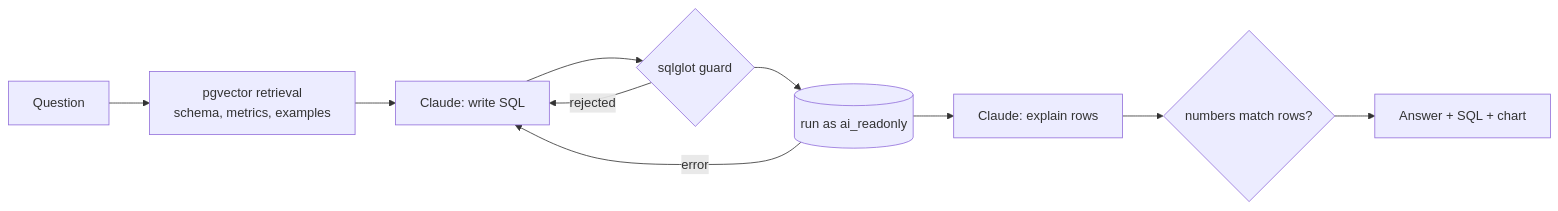
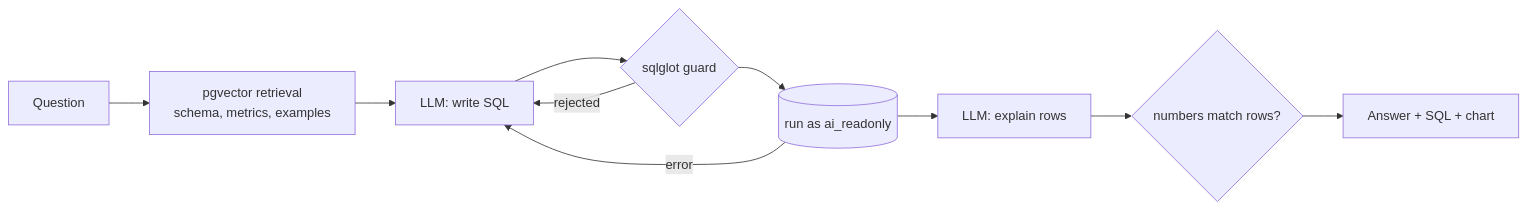
The second of 2 diagrams in README.md (abhishekkumar1372/ecommerce-ai-insights), drawn with Mermaid before and after one commit. The commit also changed other lines of this file and 6 other files, not shown here.

````diff
--- a/README.md
+++ b/README.md
@@ -87,12 +89,12 @@
 ```mermaid
 flowchart LR
     Q[Question] --> R[pgvector retrieval<br/>schema, metrics, examples]
-    R --> L1[Claude: write SQL]
+    R --> L1[LLM: write SQL]
     L1 --> G{sqlglot guard}
     G -- rejected --> L1
     G --> X[(run as ai_readonly)]
     X -- error --> L1
-    X --> L2[Claude: explain rows]
+    X --> L2[LLM: explain rows]
     L2 --> F{numbers match rows?}
     F --> A[Answer + SQL + chart]
 ```
````
